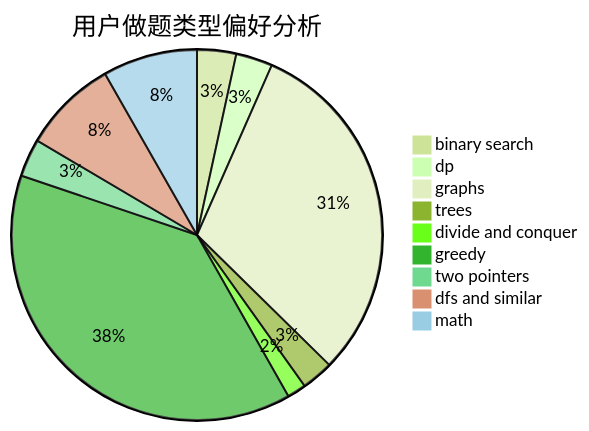
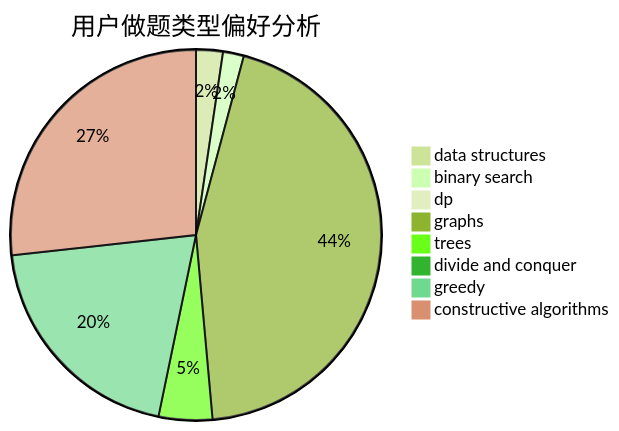
Before and after one commit to sherpahu/cfrs.github.io: the second of 3 diagrams in docs/user/u2122.md, drawn with Mermaid (forest theme). The commit also changed other lines of this file and 2775 other files, not shown here.

````diff
--- a/docs/user/u2122.md
+++ b/docs/user/u2122.md
@@ -23,12 +23,11 @@
 ```mermaid
 pie title 用户做题类型偏好分析
-    "binary search" :  33
-    "dp" :  31
-    "graphs" :  298
-    "trees" :  27
-    "divide and conquer" :  16
-    "greedy" :  372
-    "two pointers" :  32
-    "dfs and similar" :  80
-    "math" :  80
+    "data structures" :  9
+    "binary search" :  7
+    "dp" :  3
+    "graphs" :  171
+    "trees" :  18
+    "divide and conquer" :  0
+    "greedy" :  77
+    "constructive algorithms" :  103
 ```
````
